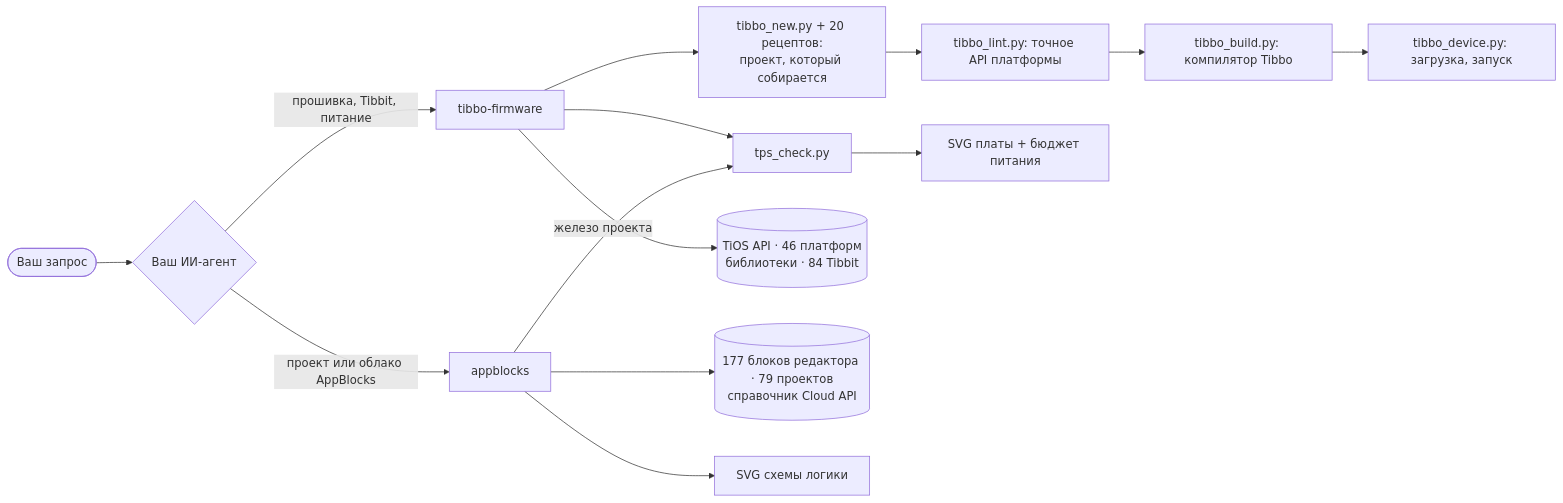
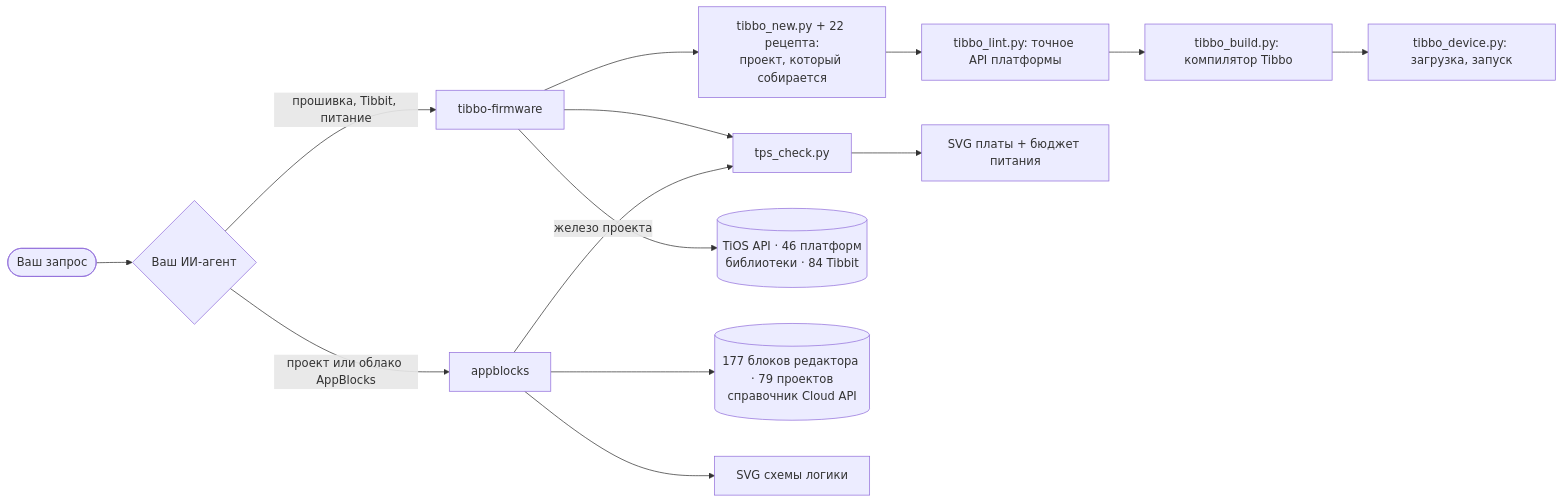
Before and after one commit to SCANCODE-IOT/tibbo-ai-skills: the diagram in README.ru.md, drawn with Mermaid. The commit also changed other lines of this file and 38 other files, not shown here.

````diff
--- a/README.ru.md
+++ b/README.ru.md
@@ -48,16 +48,16 @@
 ```mermaid
 flowchart LR
     U([Ваш запрос]) --> C{Ваш ИИ-агент}
     C -->|прошивка, Tibbit, питание| F[tibbo-firmware]
     C -->|проект или облако AppBlocks| A[appblocks]
     A -->|железо проекта| T[tps_check.py]
     F --> T
-    F --> G[tibbo_new.py + 20 рецептов:<br/>проект, который собирается]
+    F --> G[tibbo_new.py + 22 рецепта:<br/>проект, который собирается]
     G --> N[tibbo_lint.py: точное API платформы]
     N --> B[tibbo_build.py: компилятор Tibbo]
     B --> D[tibbo_device.py: загрузка, запуск]
     F --> R[(TiOS API · 46 платформ<br/>библиотеки · 84 Tibbit)]
     A --> K[(177 блоков редактора · 79 проектов<br/>справочник Cloud API)]
     T --> S[SVG платы + бюджет питания]
     A --> L[SVG схемы логики]
 ```
````
